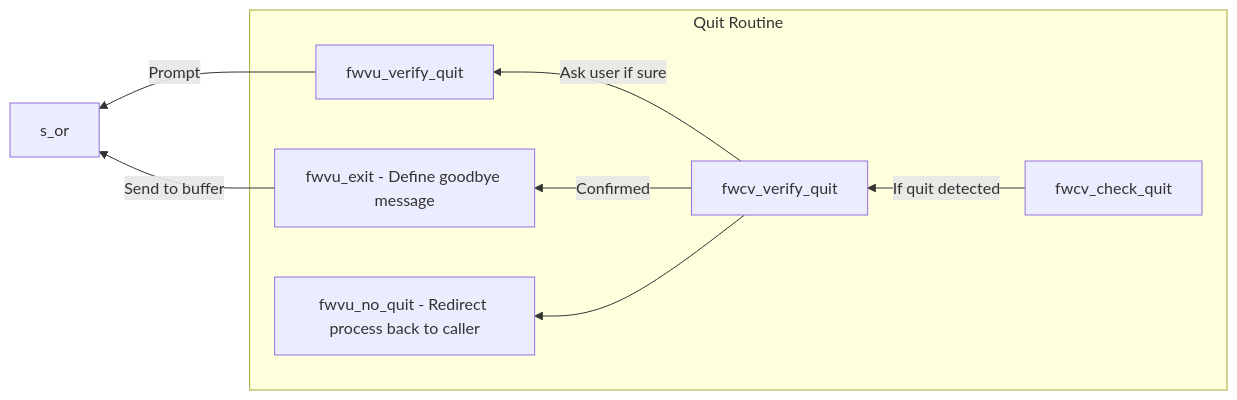
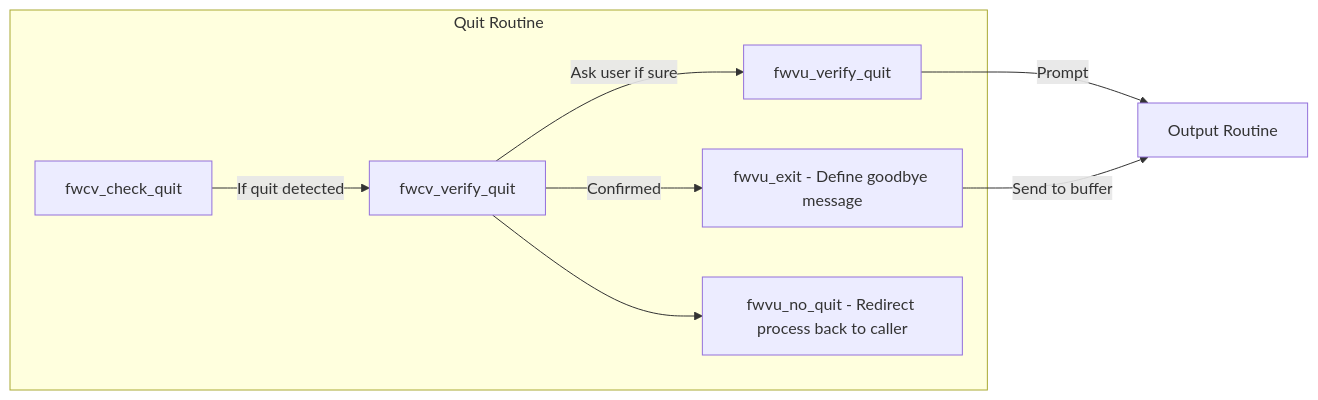
One commit to afama8/terminal-workstation changed the diagram in app/docs/diagrams/quit_routine.md. Above: the diagram before and after it, drawn with Mermaid.

````diff
--- a/app/docs/diagrams/quit_routine.md
+++ b/app/docs/diagrams/quit_routine.md
@@ -1,17 +1,17 @@
 ```mermaid
-flowchart RL
+flowchart LR
     subgraph s_qr[Quit Routine]
     H[fwcv_check_quit] 
     L[fwcv_verify_quit] 
     M[fwvu_verify_quit] 
     N[fwvu_exit - Define goodbye message]
     O[fwvu_no_quit - Redirect process back to caller]
     end
-
+    s_or[Output Routine]
     H -- If quit detected --> L
     L -- Ask user if sure --> M
     M -- Prompt --> s_or
     N -- Send to buffer --> s_or
     L -- Confirmed --> N
     L --> O
 ```
````
